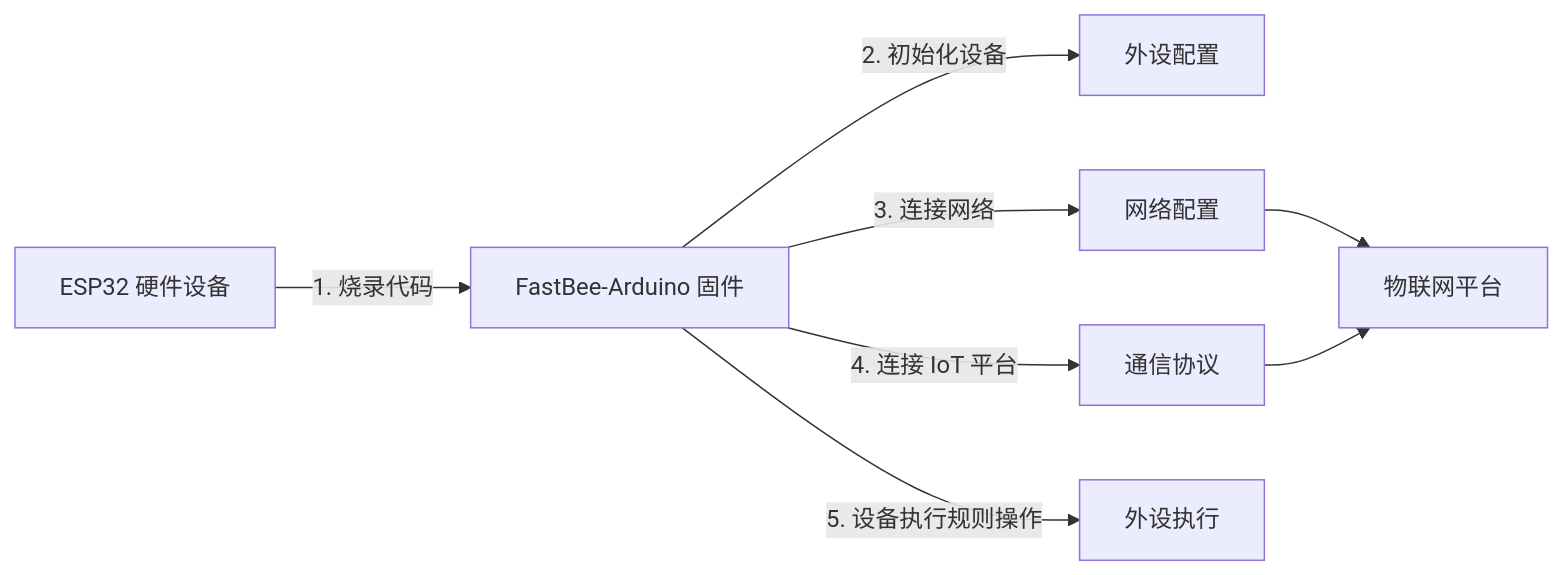
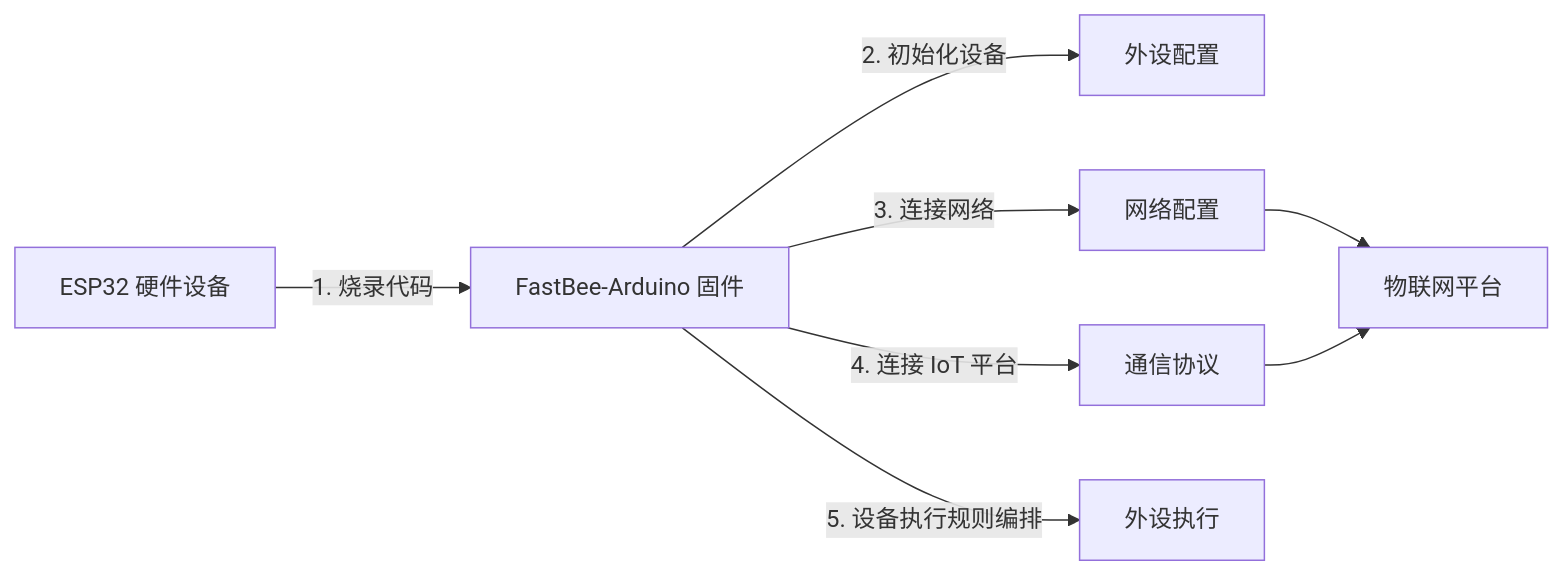
The diagram in README.md (kerwincui/FastBee-Arduino), drawn with Mermaid before and after one commit. The commit also changed other lines of this file, not shown here.

````diff
--- a/README.md
+++ b/README.md
@@ -70,10 +70,10 @@
 ```mermaid
 graph LR
     A[ESP32 硬件设备] -->|1. 烧录代码| B[FastBee-Arduino 固件]
     B -->|2. 初始化设备| C[外设配置]
     B -->|3. 连接网络| D[网络配置]
     B -->|4. 连接 IoT 平台| E[通信协议]
-    B -->|5. 设备执行规则操作| F[外设执行]
+    B -->|5. 设备执行规则编排| F[外设执行]
     D --> G[物联网平台]
     E --> G
 ```
````
